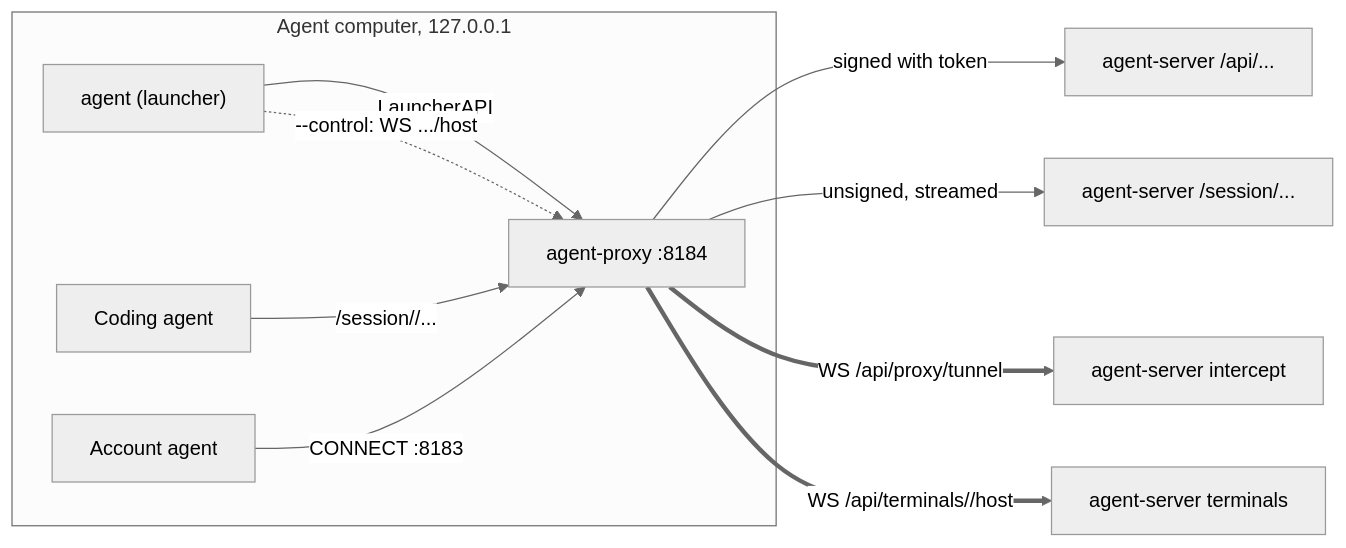
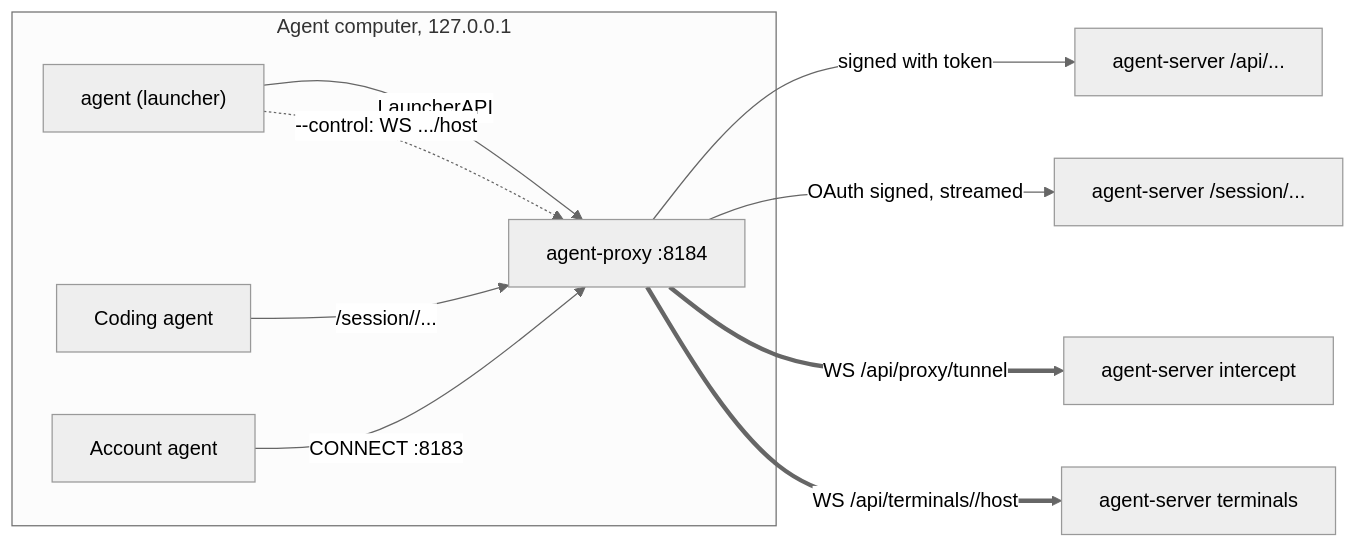
Before and after one commit to joeyenfield/ai-coding-agent-proxy: the diagram in .context/client.md, drawn with Mermaid (neutral theme). The commit also changed other lines of this file and 130 other files, not shown here.

````diff
--- a/.context/client.md
+++ b/.context/client.md
@@ -18,14 +18,14 @@
 ```mermaid
 flowchart LR
   subgraph PC["Agent computer, 127.0.0.1"]
     L["agent (launcher)"] -->|"LauncherAPI"| P
     A["Coding agent"] -->|"/session/<id>/..."| P
     AA["Account agent"] -->|"CONNECT :8183"| P
     L -.->|"--control: WS .../host"| P
     P["agent-proxy :8184"]
   end
   P -->|"signed with token"| S["agent-server /api/..."]
-  P -->|"unsigned, streamed"| S2["agent-server /session/..."]
+  P -->|"OAuth signed, streamed"| S2["agent-server /session/..."]
   P ==>|"WS /api/proxy/tunnel"| S3["agent-server intercept"]
   P ==>|"WS /api/terminals/<id>/host"| S4["agent-server terminals"]
 ```
````
